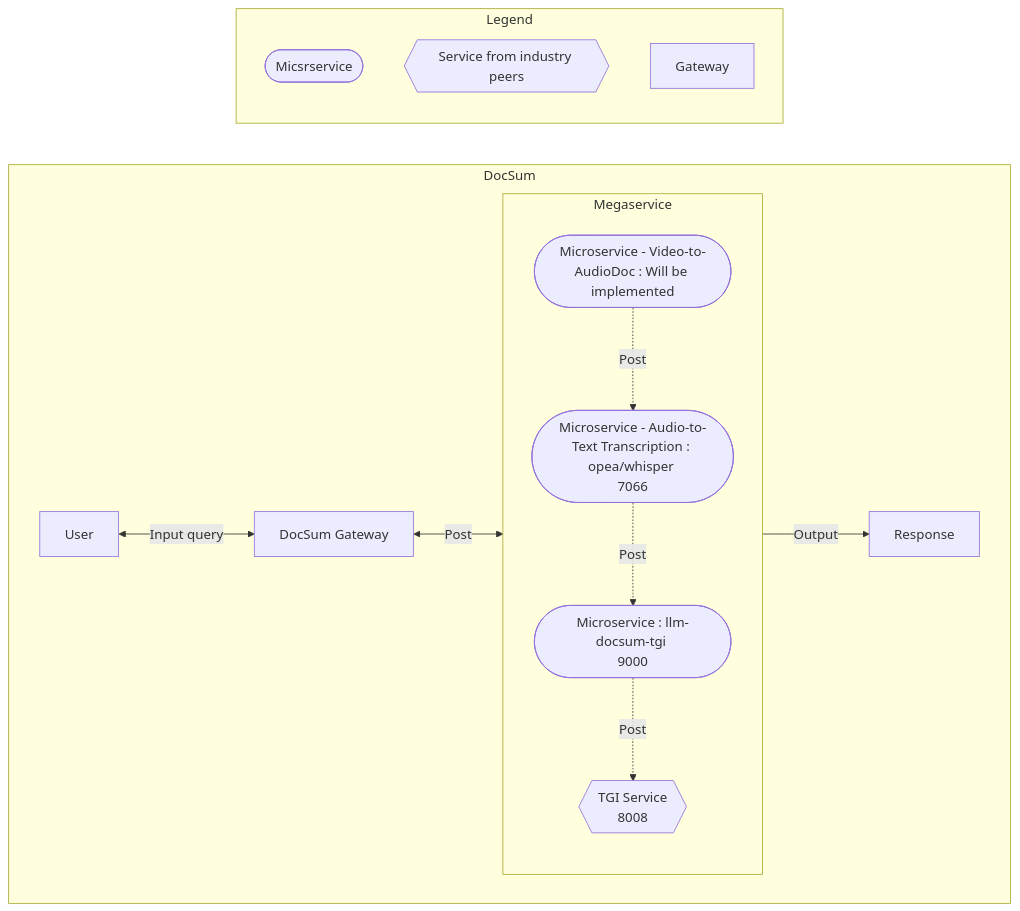
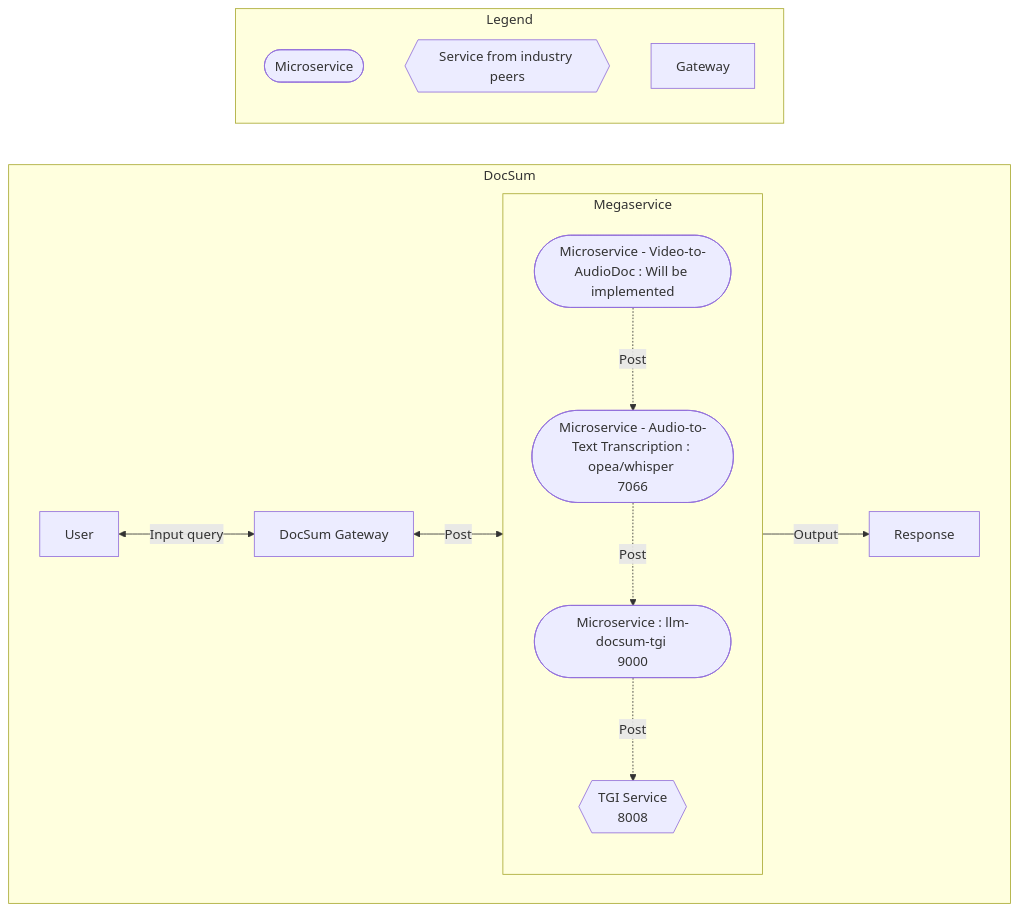
One commit to opea-project/docs changed the diagram in community/rfcs/RFC_DocSum_Video_Audio.md. Above: the diagram before and after it, drawn with Mermaid. The commit also changed other lines of this file, not shown here.

````diff
--- a/community/rfcs/RFC_DocSum_Video_Audio.md
+++ b/community/rfcs/RFC_DocSum_Video_Audio.md
@@ -29,18 +29,18 @@
 ```mermaid
 flowchart LR
     subgraph DocSum
         direction LR
         A[User] <--> |Input query| B[DocSum Gateway]
         B <--> |Post| Megaservice
         subgraph Megaservice["Megaservice"]
             direction TB
-            C([ Microservice - Video-to-AudioDoc : Will be implemented]) -. Post .-> D([Microservice - Audio-to-Text Transcription : opea/whisper <br>7066]) -. Post .-> E([ Microservice : llm-docsum-tgi <br>9000]) -. Post .-> F{{TGI Service<br>8008}}
+            C([Microservice - Video-to-AudioDoc : Will be implemented]) -. Post .-> D([Microservice - Audio-to-Text Transcription : opea/whisper <br>7066]) -. Post .-> E([Microservice : llm-docsum-tgi <br>9000]) -. Post .-> F{{TGI Service<br>8008}}
         end
         Megaservice --> |Output| G[Response]
     end
     subgraph Legend
-        X([Micsrservice])
+        X([Microservice])
         Y{{Service from industry peers}}
         Z[Gateway]
     end
 ```
````
